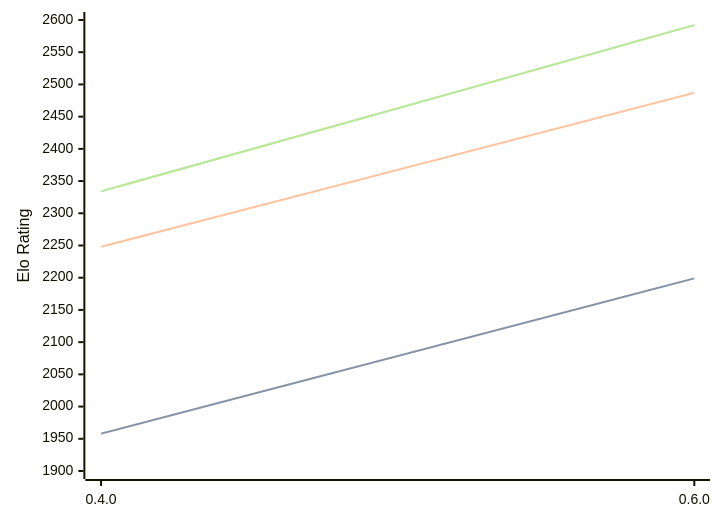
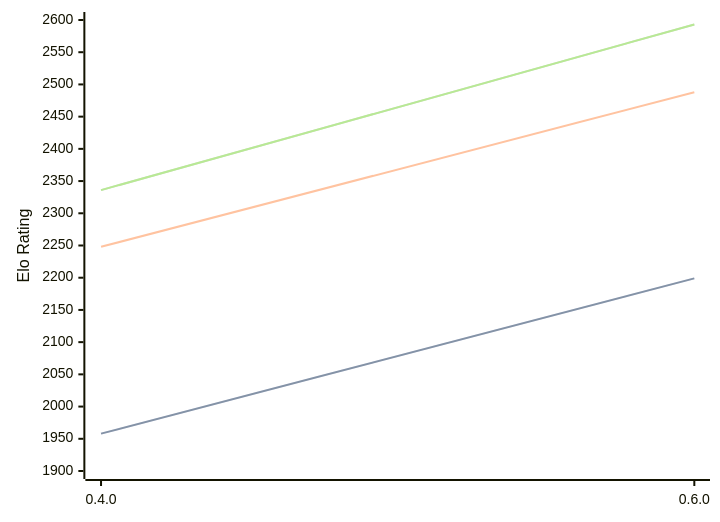
The diagram in engines/Ariadne.md (computer-chess-index/cci), drawn with Mermaid before and after one commit. The commit also changed other lines of this file, not shown here.

Commit message:
Update CCI Ratings (ELO VLTC) - 2026-09-06

````diff
--- a/engines/Ariadne.md
+++ b/engines/Ariadne.md
@@ -36,11 +36,11 @@
 ```mermaid
 %%{init: {"theme":"base","themeVariables":{"seriesColors:['#a3a3a3','#222221','#faa371']}}}%%
 xychart-beta
   x-axis ["0.4.0", "0.6.0"]
   y-axis "Elo Rating" 1900 --> 2600
   line "" [1958, 2199]
   line "STC (8.0+0.08s)" [1958, 2199]
-  line "LTC (60.0+0.60s)" [2248, 2487]
-  line "" [2334, 2592]
-  line "VLTC (2m24s+1.12s)" [2334, 2592]
+  line "LTC (60.0+0.60s)" [2248, 2488]
+  line "" [2336, 2593]
+  line "VLTC (2m24s+1.12s)" [2336, 2593]
 ```
````
